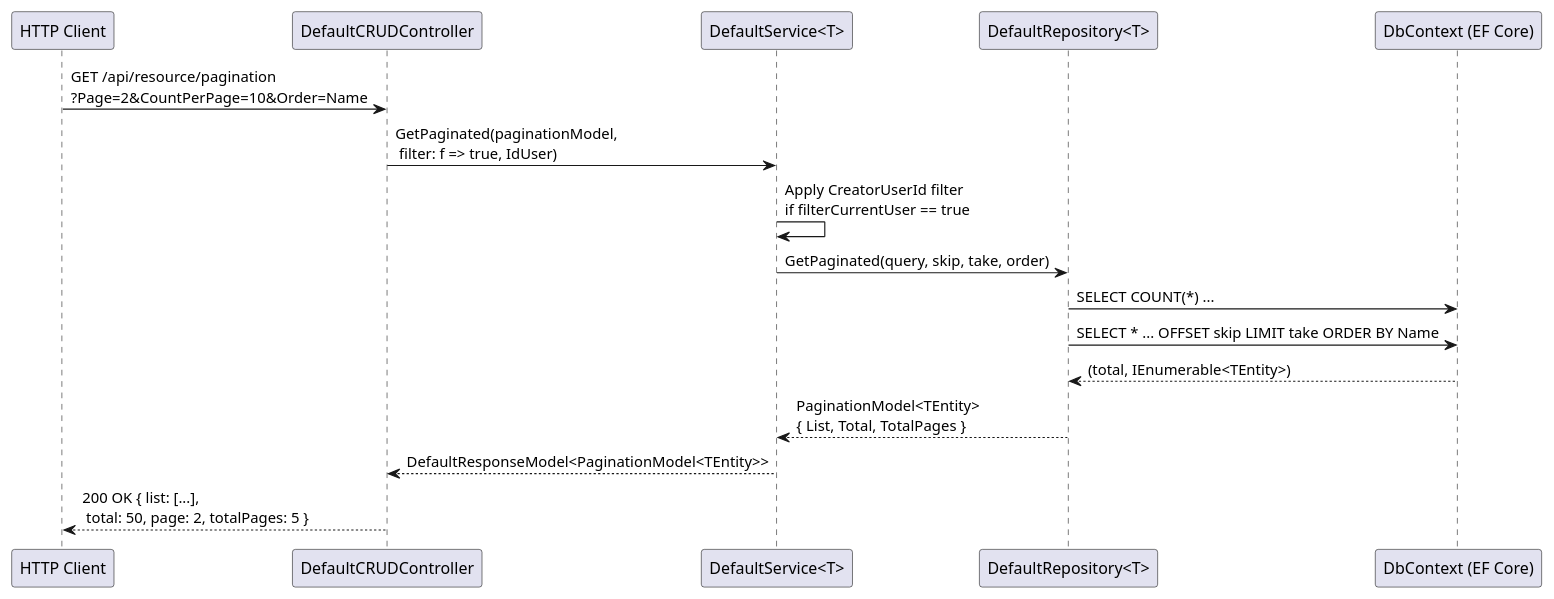
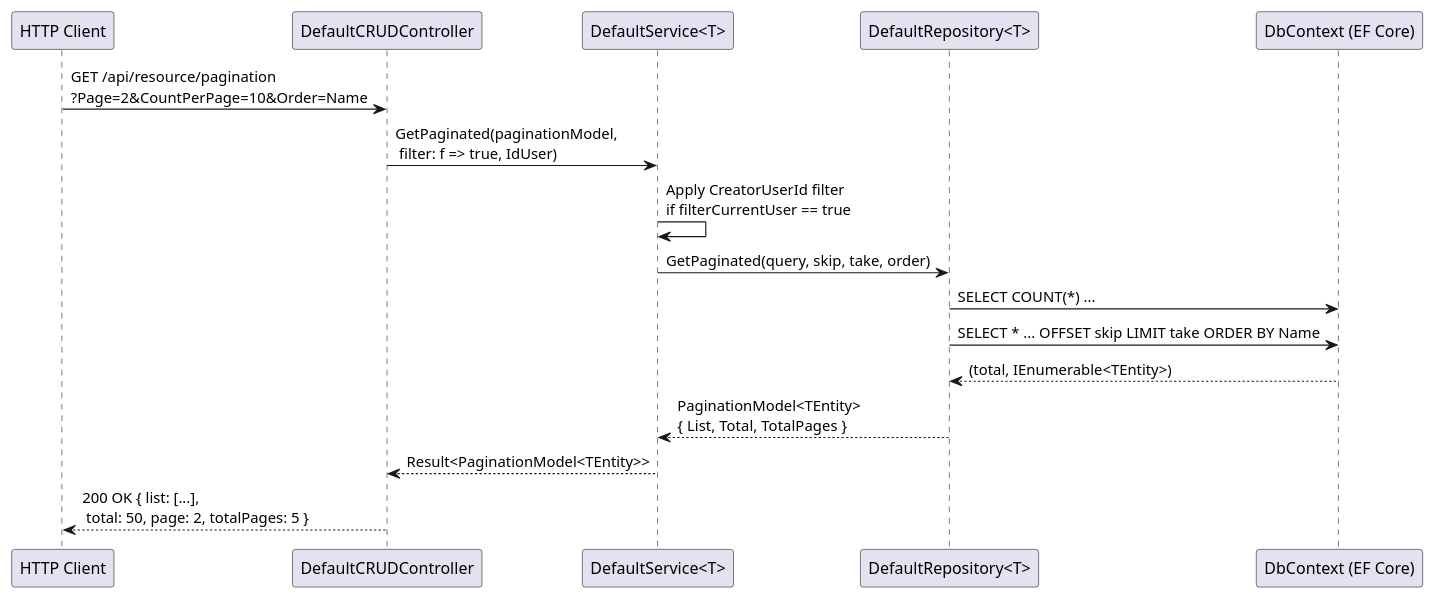
Before and after one commit to josembergff/jff-csharp-tools: the fourth of 8 diagrams in docs/flows/main-flows.md, drawn with PlantUML. The commit also changed other lines of this file and 18 other files, not shown here.

First line of the commit message:
Refactor response handling in services to use Result<T> instead of DefaultResponseModel<T>

````diff
--- a/docs/flows/main-flows.md
+++ b/docs/flows/main-flows.md
@@ -105,20 +105,20 @@
 ```plantuml
 @startuml Paginated Query Flow
 participant "HTTP Client" as Client
 participant "DefaultCRUDController" as Controller
 participant "DefaultService<T>" as Service
 participant "DefaultRepository<T>" as Repository
 participant "DbContext (EF Core)" as DB
 
 Client -> Controller: GET /api/resource/pagination\n?Page=2&CountPerPage=10&Order=Name
 Controller -> Service: GetPaginated(paginationModel,\n filter: f => true, IdUser)
 Service -> Service: Apply CreatorUserId filter\nif filterCurrentUser == true
 Service -> Repository: GetPaginated(query, skip, take, order)
 Repository -> DB: SELECT COUNT(*) ...
 Repository -> DB: SELECT * ... OFFSET skip LIMIT take ORDER BY Name
 DB --> Repository: (total, IEnumerable<TEntity>)
 Repository --> Service: PaginationModel<TEntity>\n{ List, Total, TotalPages }
-Service --> Controller: DefaultResponseModel<PaginationModel<TEntity>>
+Service --> Controller: Result<PaginationModel<TEntity>>
 Controller --> Client: 200 OK { list: [...],\n total: 50, page: 2, totalPages: 5 }
 @enduml
 ```
````
